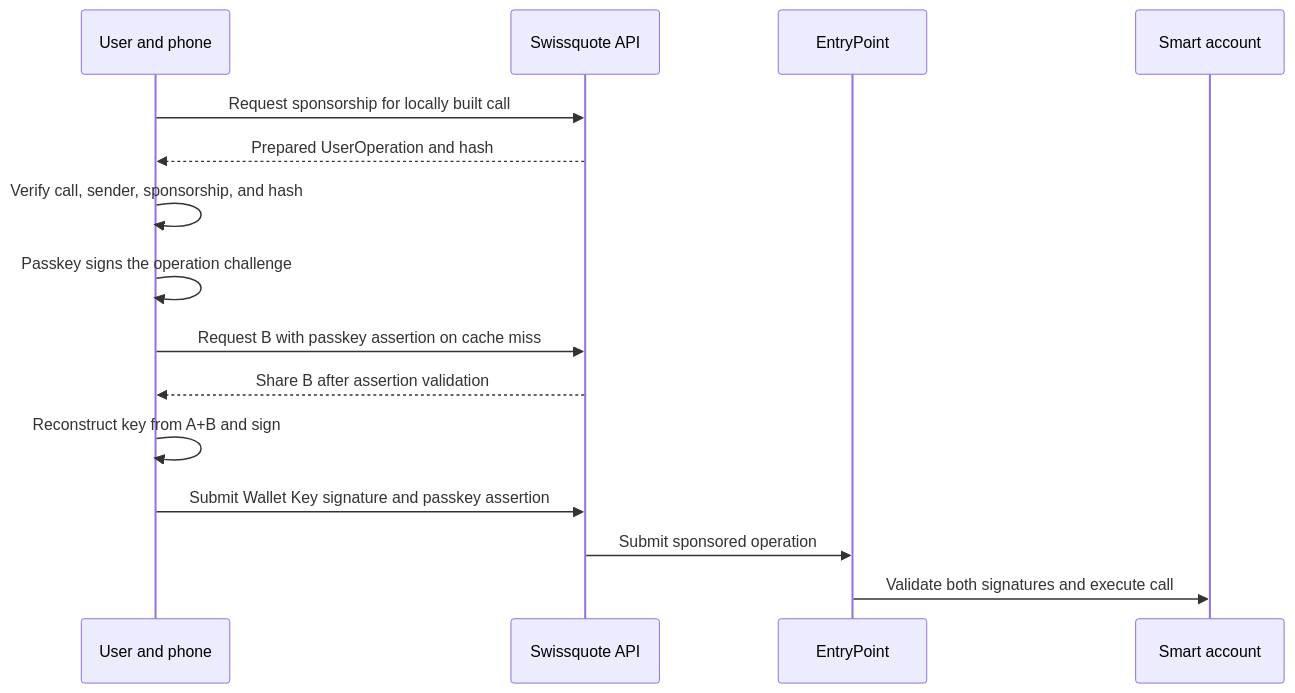
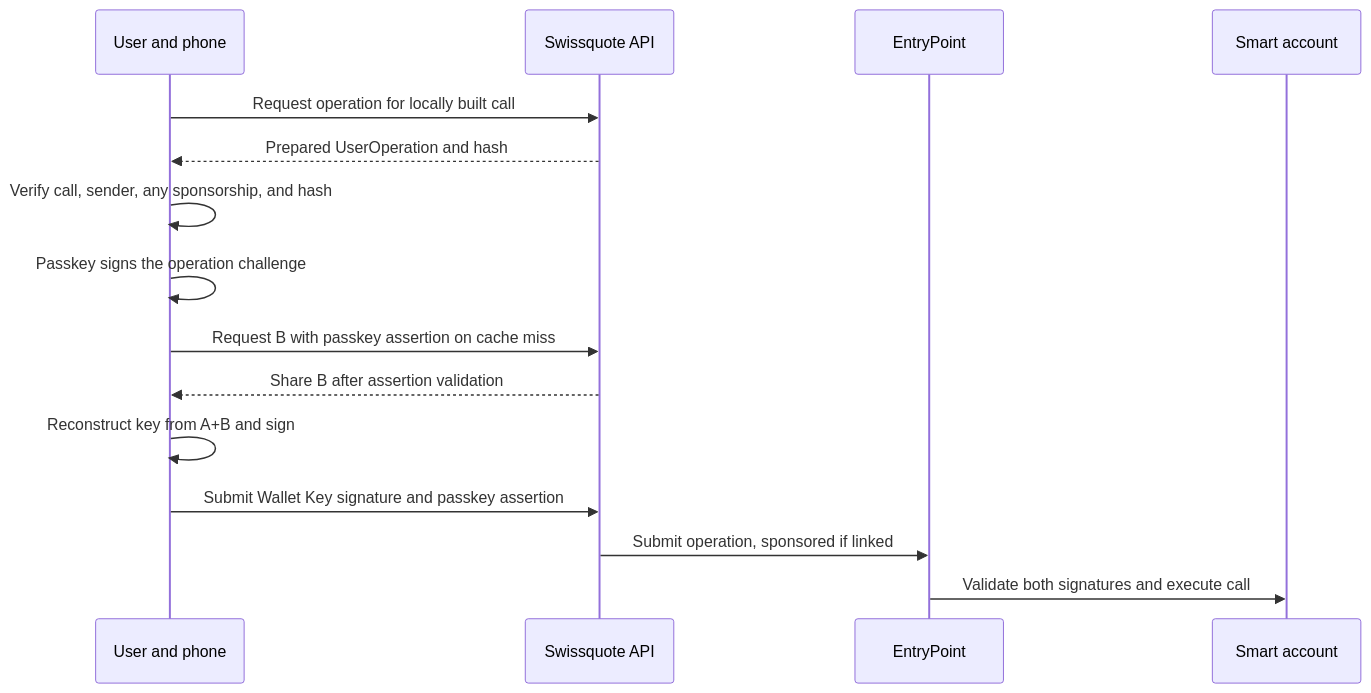
Before and after one commit to elazdi-al/bsa-the-hackathon: the first of 2 diagrams in docs/SHAMIR_AND_RECOVERY.md, drawn with Mermaid. The commit also changed other lines of this file and 7 other files, not shown here.

First line of the commit message:
docs: Swissquote pays the network fees of a linked wallet, an unlinked wallet pays its own in ETH, and every wallet's recovery stays sponsored

````diff
--- a/docs/SHAMIR_AND_RECOVERY.md
+++ b/docs/SHAMIR_AND_RECOVERY.md
@@ -123,17 +123,17 @@
 ```mermaid
 sequenceDiagram
     participant U as User and phone
     participant S as Swissquote API
     participant E as EntryPoint
     participant W as Smart account
-    U->>S: Request sponsorship for locally built call
+    U->>S: Request operation for locally built call
     S-->>U: Prepared UserOperation and hash
-    U->>U: Verify call, sender, sponsorship, and hash
+    U->>U: Verify call, sender, any sponsorship, and hash
     U->>U: Passkey signs the operation challenge
     U->>S: Request B with passkey assertion on cache miss
     S-->>U: Share B after assertion validation
     U->>U: Reconstruct key from A+B and sign
     U->>S: Submit Wallet Key signature and passkey assertion
-    S->>E: Submit sponsored operation
+    S->>E: Submit operation, sponsored if linked
     E->>W: Validate both signatures and execute call
 ```
````
